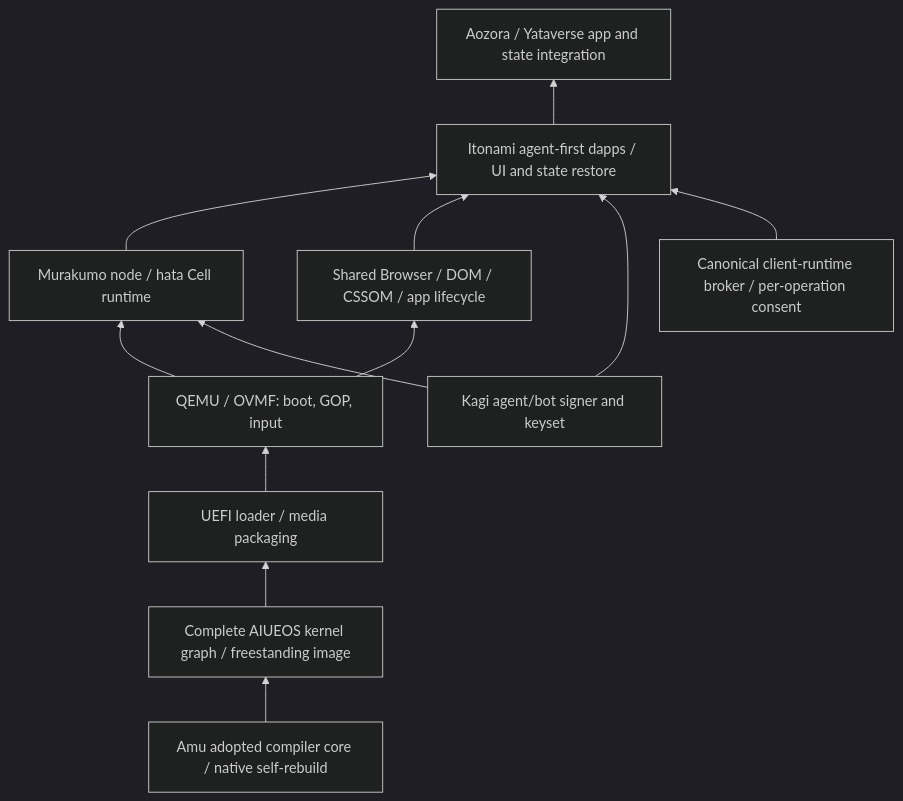
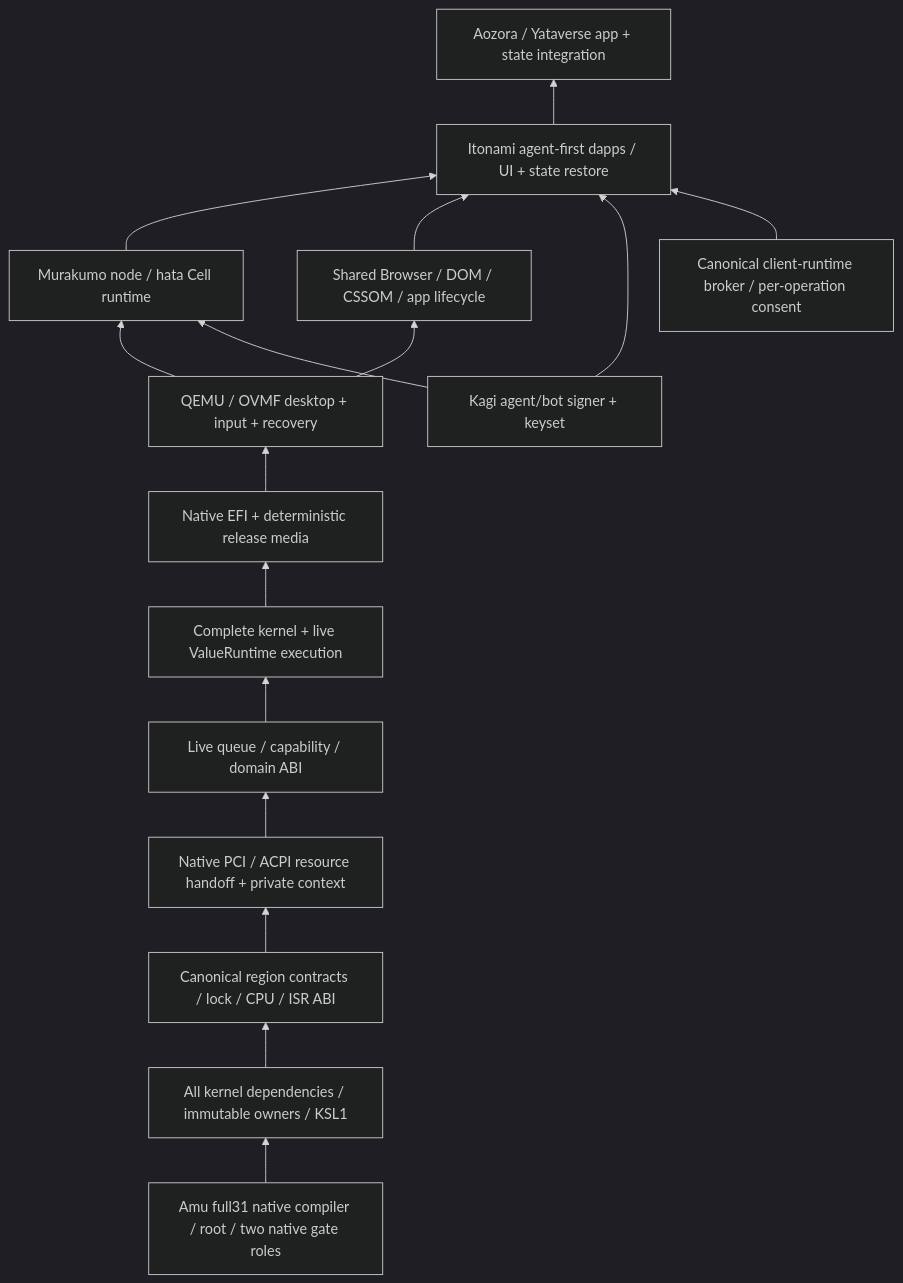
The diagram in 90-docs/native-selfhost-integration.md (kotoba-lang/aiueos), drawn with Mermaid (dark theme) before and after one commit. The commit also changed other lines of this file and 11 other files, not shown here.

Commit message:
Migrate kernel regions to owned resources and record native PCI boundary

````diff
--- a/90-docs/native-selfhost-integration.md
+++ b/90-docs/native-selfhost-integration.md
@@ -7,14 +8,18 @@
 ```mermaid
 flowchart BT
-  A["Amu adopted compiler core / native self-rebuild"] --> B["Complete AIUEOS kernel graph / freestanding image"]
-  B --> C["UEFI loader / media packaging"]
-  C --> D["QEMU / OVMF: boot, GOP, input"]
-  D --> N["Murakumo node / hata Cell runtime"]
-  D --> E["Shared Browser / DOM / CSSOM / app lifecycle"]
-  N --> F["Itonami agent-first dapps / UI and state restore"]
-  E --> F
-  F --> G["Aozora / Yataverse app and state integration"]
-  H["Kagi agent/bot signer and keyset"] --> N
+  A["Amu full31 native compiler / root / two native gate roles"] --> B["All kernel dependencies / immutable owners / KSL1"]
+  B --> C["Canonical region contracts / lock / CPU / ISR ABI"]
+  C --> P["Native PCI / ACPI resource handoff + private context"]
+  P --> V["Live queue / capability / domain ABI"]
+  V --> D["Complete kernel + live ValueRuntime execution"]
+  D --> E["Native EFI + deterministic release media"]
+  E --> Q["QEMU / OVMF desktop + input + recovery"]
+  Q --> N["Murakumo node / hata Cell runtime"]
+  Q --> W["Shared Browser / DOM / CSSOM / app lifecycle"]
+  N --> F["Itonami agent-first dapps / UI + state restore"]
+  W --> F
+  F --> G["Aozora / Yataverse app + state integration"]
+  H["Kagi agent/bot signer + keyset"] --> N
   H --> F
   R["Canonical client-runtime broker / per-operation consent"] --> F
 ```
````
